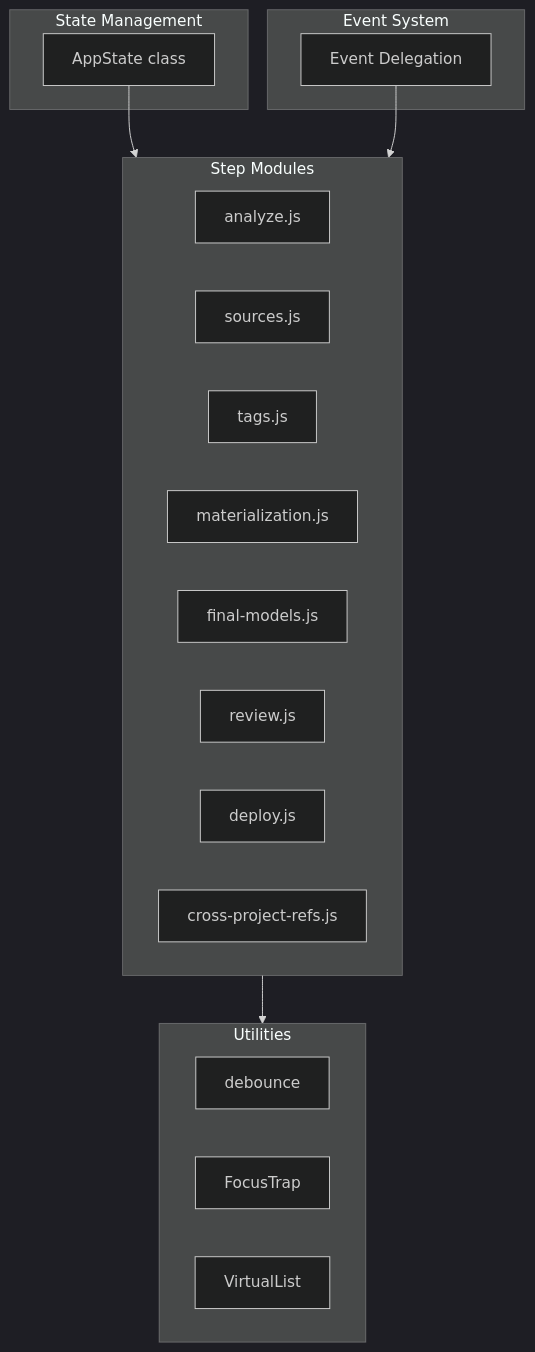
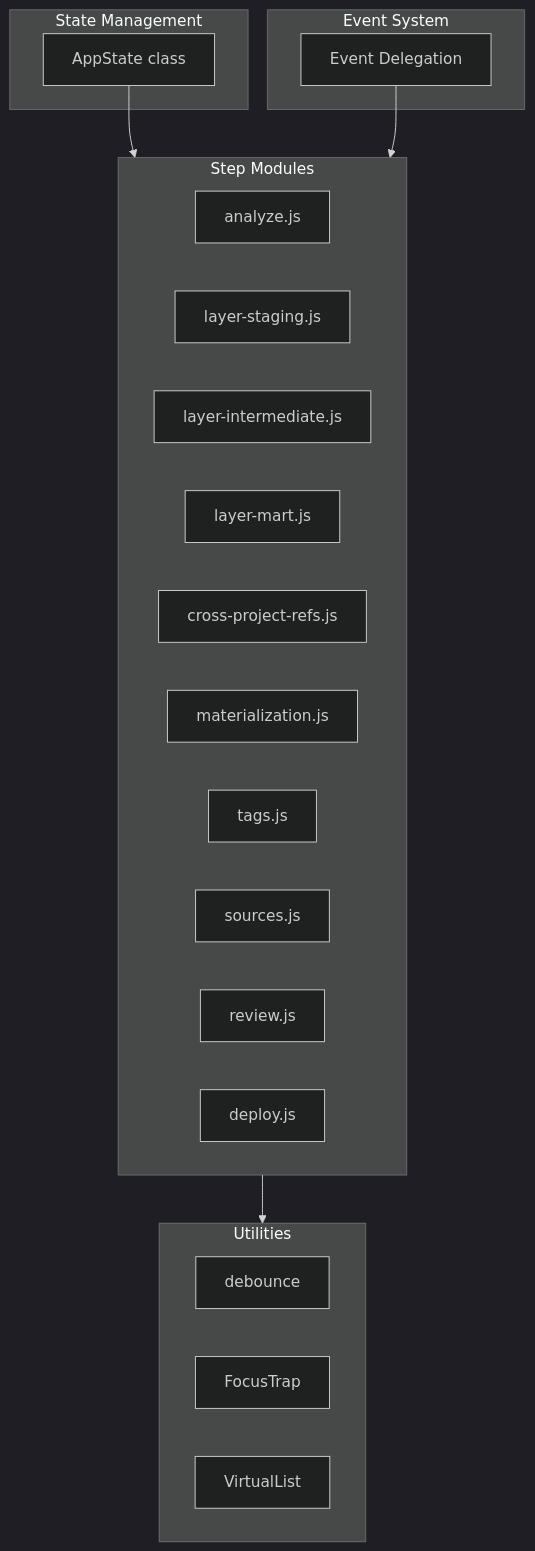
One commit to Muizzkolapo/dbt-training-wheels changed the seventh of 10 diagrams in DOCS.md. Above: the diagram before and after it, drawn with Mermaid (dark theme). The commit also changed 6 other files, not shown here.

````diff
--- a/DOCS.md
+++ b/DOCS.md
@@ -275,31 +275,33 @@
 ```mermaid
 flowchart TB
     subgraph State["State Management"]
         AppState[AppState class]
     end
 
     subgraph Events["Event System"]
         EventManager[Event Delegation]
     end
 
     subgraph Steps["Step Modules"]
         S1[analyze.js]
-        S2[sources.js]
-        S3[tags.js]
-        S4[materialization.js]
-        S5[final-models.js]
-        S6[review.js]
-        S7[deploy.js]
-        S8[cross-project-refs.js]
+        S2[layer-staging.js]
+        S3[layer-intermediate.js]
+        S4[layer-mart.js]
+        S5[cross-project-refs.js]
+        S6[materialization.js]
+        S7[tags.js]
+        S8[sources.js]
+        S9[review.js]
+        S10[deploy.js]
     end
 
     subgraph Utils["Utilities"]
         Debounce[debounce]
         FocusTrap[FocusTrap]
         VirtualList[VirtualList]
     end
 
     AppState --> Steps
     EventManager --> Steps
     Steps --> Utils
 ```
````
